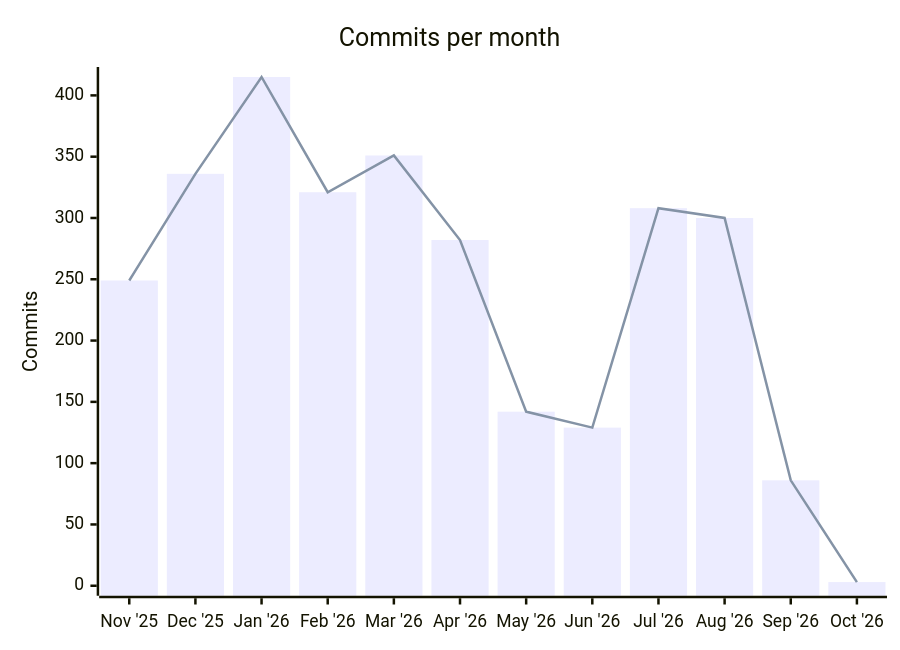
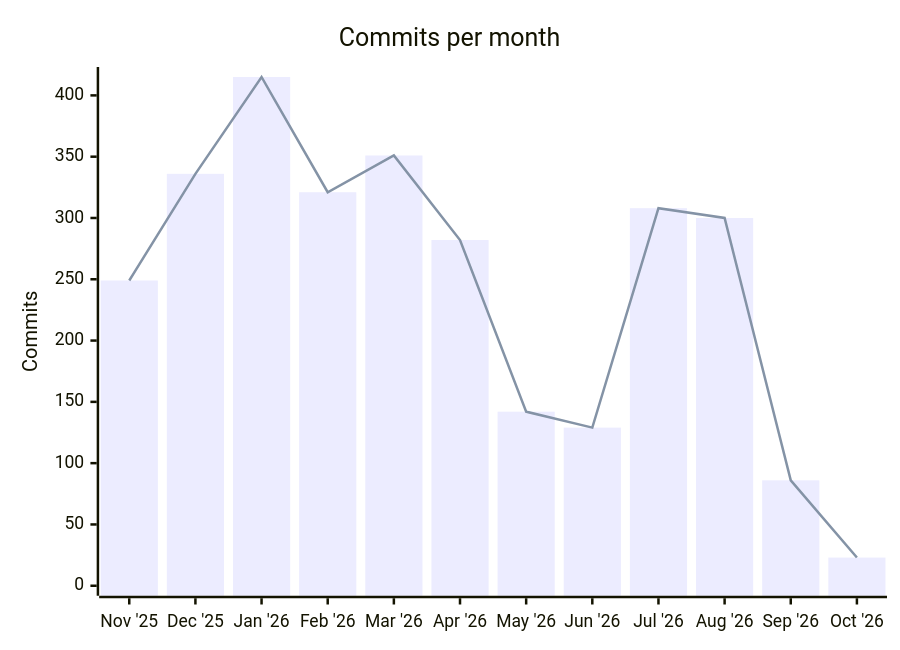
The first of 2 diagrams in README.md (soderlind/soderlind), drawn with Mermaid before and after one commit. The commit also changed other lines of this file, not shown here.

Commit message:
Update README plugin listing

````diff
--- a/README.md
+++ b/README.md
@@ -418,8 +418,8 @@
 ```mermaid
 xychart-beta
     title "Commits per month"
     x-axis ["Nov '25", "Dec '25", "Jan '26", "Feb '26", "Mar '26", "Apr '26", "May '26", "Jun '26", "Jul '26", "Aug '26", "Sep '26", "Oct '26"]
     y-axis "Commits" 0 --> 415
-    bar [249, 336, 415, 321, 351, 282, 142, 129, 308, 300, 86, 3]
-    line [249, 336, 415, 321, 351, 282, 142, 129, 308, 300, 86, 3]
+    bar [249, 336, 415, 321, 351, 282, 142, 129, 308, 300, 86, 23]
+    line [249, 336, 415, 321, 351, 282, 142, 129, 308, 300, 86, 23]
 ```
````
